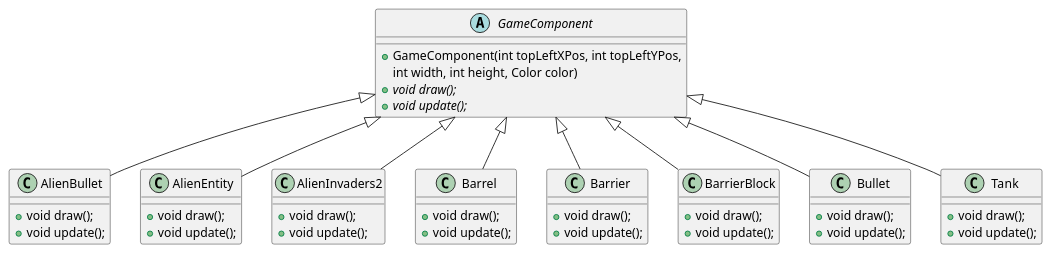
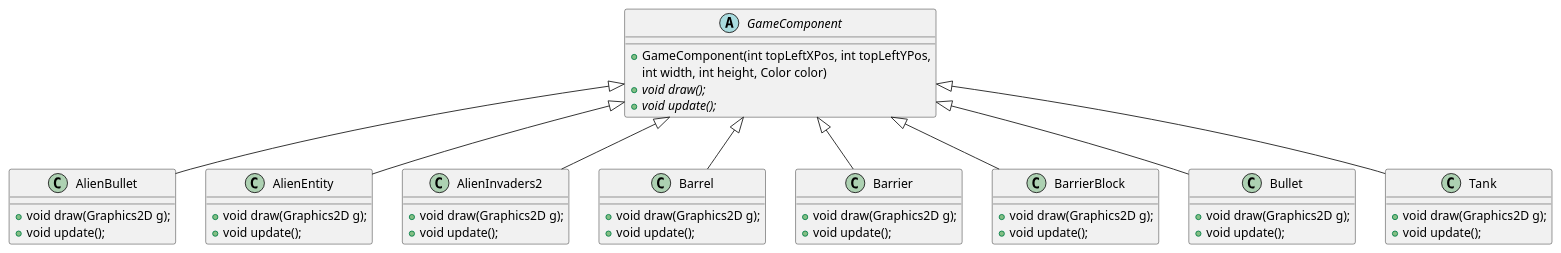
Before and after one commit to D-M-Moriarty/DesignPatternsCA: the diagram in src/main/java/things/pre-strategy-pattern-iml.puml, drawn with PlantUML. The commit also changed 23 other files, not shown here.

```diff
--- a/src/main/java/things/pre-strategy-pattern-iml.puml
+++ b/src/main/java/things/pre-strategy-pattern-iml.puml
@@ -1,40 +1,40 @@
 @startuml
 abstract class GameComponent {
     + GameComponent(int topLeftXPos, int topLeftYPos,
                     int width, int height, Color color)
     + {abstract} void draw();
     + {abstract} void update();
 }
 class AlienBullet extends GameComponent {
-    + void draw();
+    + void draw(Graphics2D g);
     + void update();
 }
 class AlienEntity extends GameComponent {
-     + void draw();
+     + void draw(Graphics2D g);
      + void update();
  }
 class AlienInvaders2 extends GameComponent {
-    + void draw();
+    + void draw(Graphics2D g);
     + void update();
 }
 class Barrel extends GameComponent {
-    + void draw();
+    + void draw(Graphics2D g);
     + void update();
 }
 class Barrier extends GameComponent {
-    + void draw();
+    + void draw(Graphics2D g);
     + void update();
 }
 class BarrierBlock extends GameComponent {
-    + void draw();
+    + void draw(Graphics2D g);
     + void update();
 }
 class Bullet extends GameComponent {
-    + void draw();
+    + void draw(Graphics2D g);
     + void update();
 }
 class Tank extends GameComponent {
-    + void draw();
+    + void draw(Graphics2D g);
     + void update();
 }
 @enduml
```
